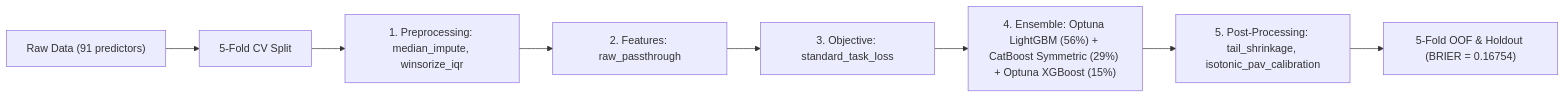
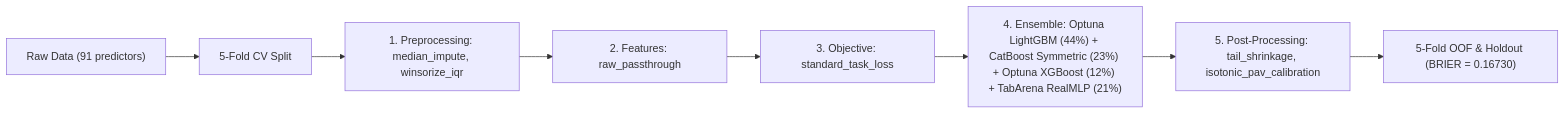
Before and after one commit to stefanoclss/March-Machine-Learning-Mania-2026: the diagram in README.md, drawn with Mermaid. The commit also changed other lines of this file, not shown here.

First line of the commit message:
docs(readme): refresh verified OOF benchmark & build ledger (BRIER=0.16730)

````diff
--- a/README.md
+++ b/README.md
@@ -74,10 +76,10 @@
 ```mermaid
 flowchart LR
     DATA["Raw Data (91 predictors)"] --> SPLIT["5-Fold CV Split"]
     SPLIT --> PRE["1. Preprocessing: median_impute, winsorize_iqr"]
     PRE --> FEAT["2. Features: raw_passthrough"]
     FEAT --> OBJ["3. Objective: standard_task_loss"]
-    OBJ --> M0["4. Ensemble: Optuna LightGBM (56%) + CatBoost Symmetric (29%) + Optuna XGBoost (15%)"]
+    OBJ --> M0["4. Ensemble: Optuna LightGBM (44%) + CatBoost Symmetric (23%) + Optuna XGBoost (12%) + TabArena RealMLP (21%)"]
     M0 --> POST["5. Post-Processing: tail_shrinkage, isotonic_pav_calibration"]
-    POST --> OUT["5-Fold OOF & Holdout (BRIER = 0.16754)"]
+    POST --> OUT["5-Fold OOF & Holdout (BRIER = 0.16730)"]
 ```
````
